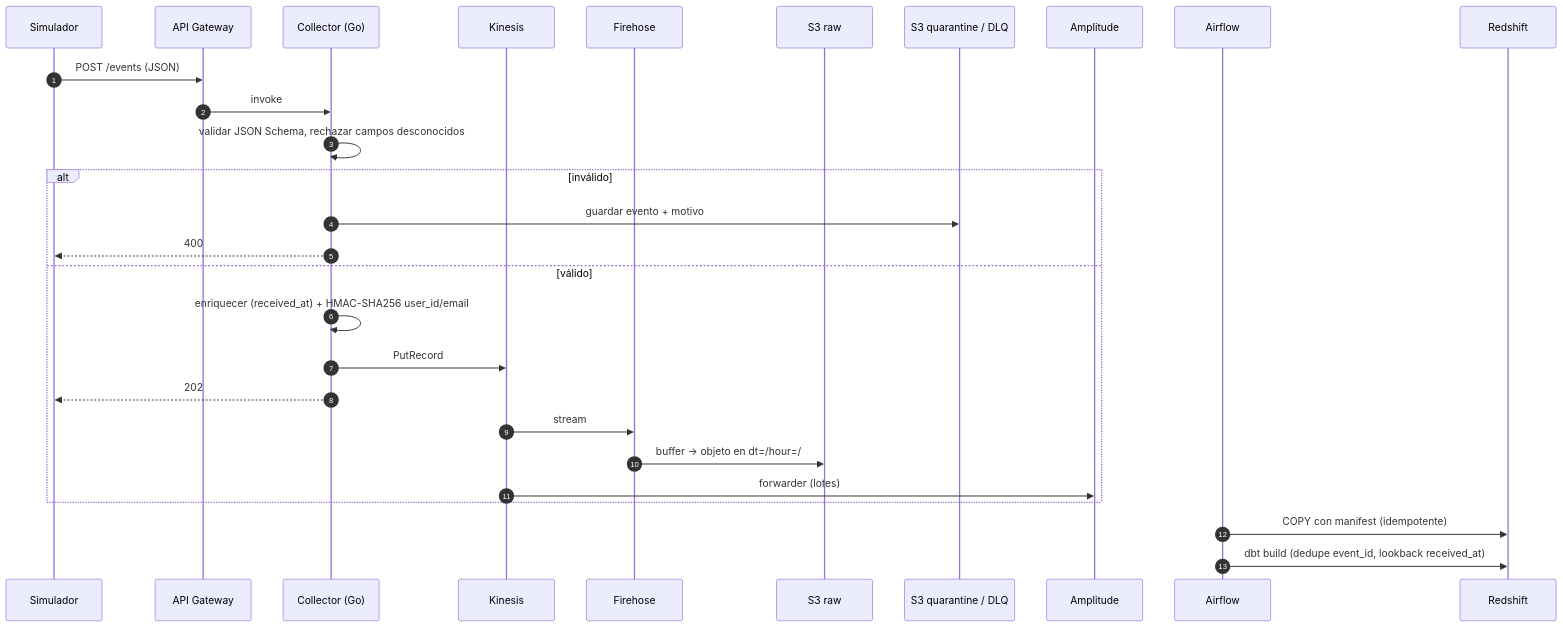
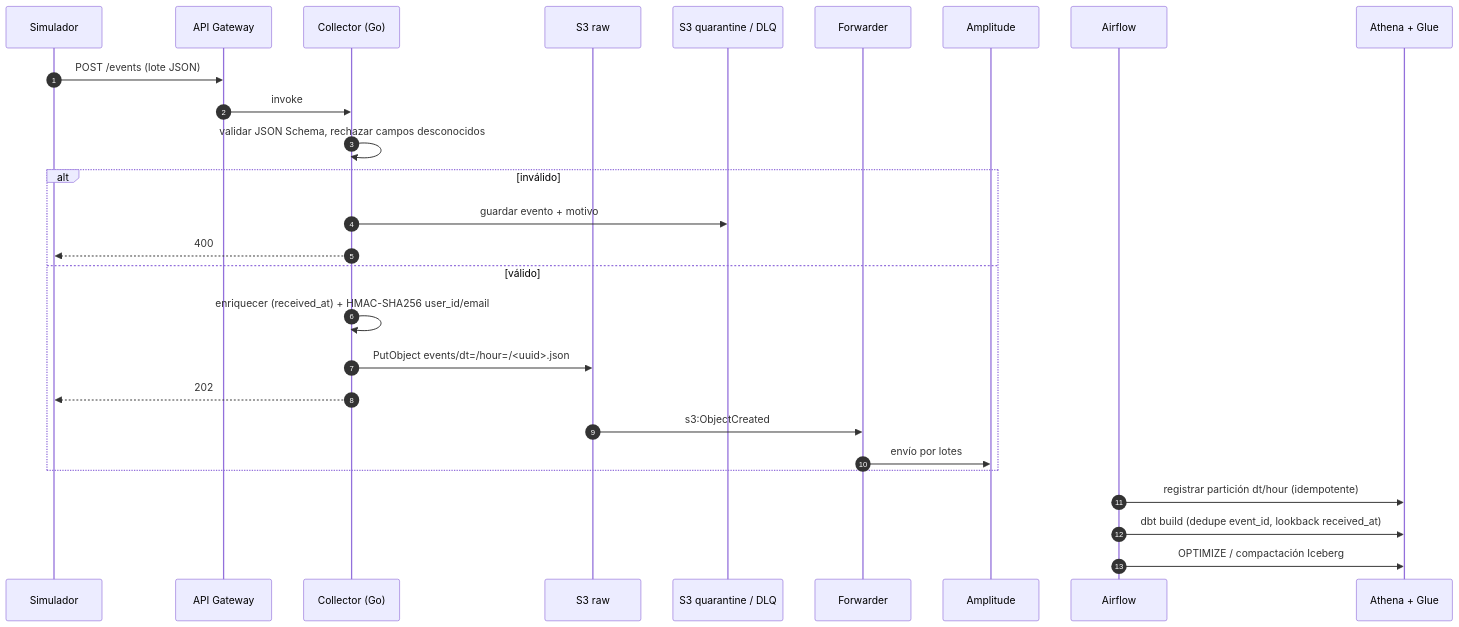
Before and after one commit to javiladino/trueflow: the second of 3 diagrams in docs/architecture/data-flow.md, drawn with Mermaid. The commit also changed other lines of this file and 10 other files, not shown here.

Commit message:
docs: adopt S3 lakehouse architecture (ADR 0001) and align CLAUDE.md with design-memory

````diff
--- a/docs/architecture/data-flow.md
+++ b/docs/architecture/data-flow.md
@@ -82,31 +83,30 @@
 ```mermaid
 sequenceDiagram
     autonumber
     participant C as Simulador
     participant G as API Gateway
     participant L as Collector (Go)
-    participant K as Kinesis
-    participant F as Firehose
     participant S as S3 raw
     participant Q as S3 quarantine / DLQ
+    participant FW as Forwarder
     participant A as Amplitude
     participant AF as Airflow
-    participant R as Redshift
+    participant AT as Athena + Glue
 
-    C->>G: POST /events (JSON)
+    C->>G: POST /events (lote JSON)
     G->>L: invoke
     L->>L: validar JSON Schema, rechazar campos desconocidos
     alt inválido
         L->>Q: guardar evento + motivo
         L-->>C: 400
     else válido
         L->>L: enriquecer (received_at) + HMAC-SHA256 user_id/email
-        L->>K: PutRecord
+        L->>S: PutObject events/dt=/hour=/<uuid>.json
         L-->>C: 202
-        K->>F: stream
-        F->>S: buffer → objeto en dt=/hour=/
-        K->>A: forwarder (lotes)
+        S->>FW: s3:ObjectCreated
+        FW->>A: envío por lotes
     end
-    AF->>R: COPY con manifest (idempotente)
-    AF->>R: dbt build (dedupe event_id, lookback received_at)
+    AF->>AT: registrar partición dt/hour (idempotente)
+    AF->>AT: dbt build (dedupe event_id, lookback received_at)
+    AF->>AT: OPTIMIZE / compactación Iceberg
 ```
````
